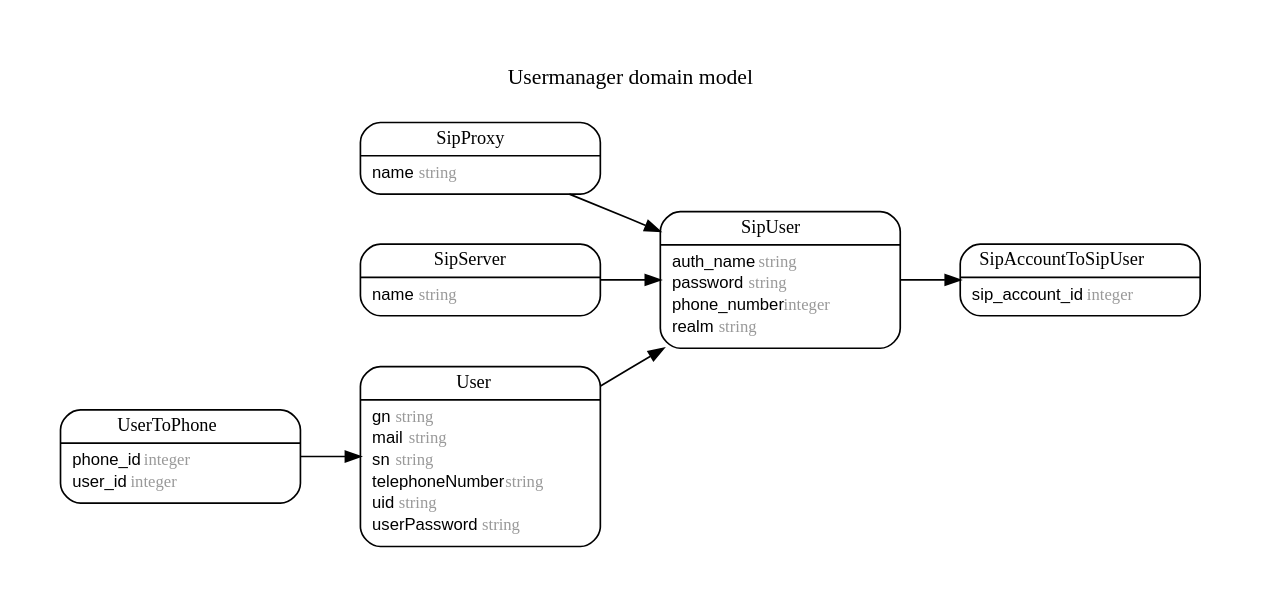
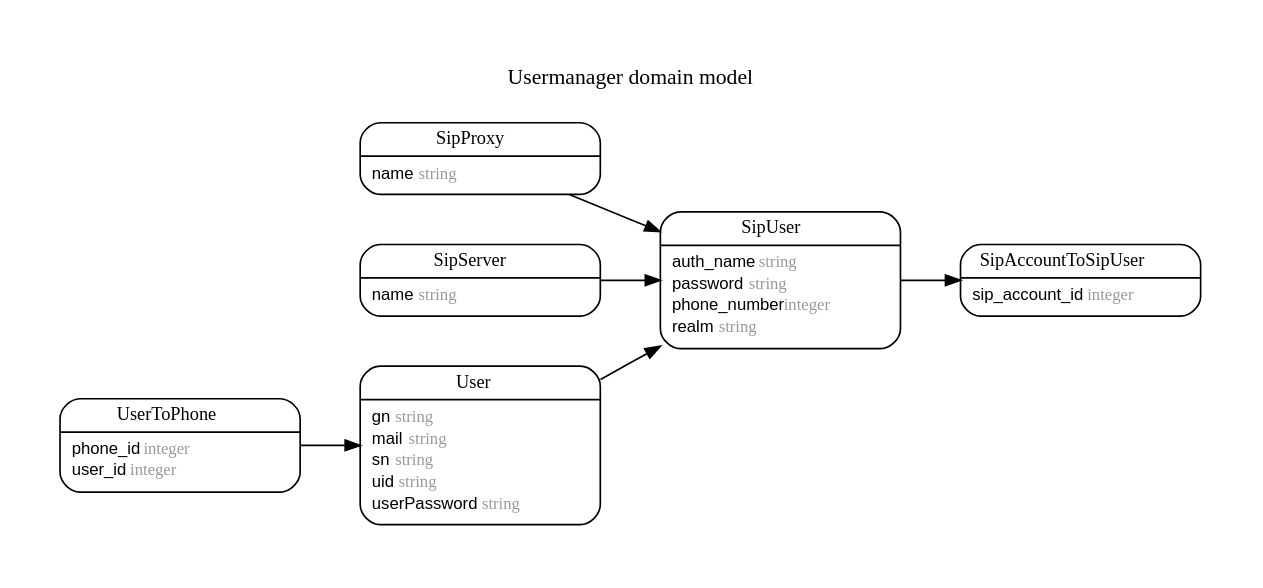
Before and after one commit to amooma/GS4: the diagram in ERD.dot, drawn with Graphviz.

```diff
--- a/ERD.dot
+++ b/ERD.dot
@@ -1,68 +1,67 @@
 digraph Usermanager {
   rankdir = "LR"; ranksep = "0.5"; nodesep = "0.4"; pad = "0.4,0.4"; margin = "0,0"; concentrate = "true"; labelloc = "t"; fontsize = "13"; fontname = "Arial Bold";
   node [shape = "Mrecord", fontsize = "10", fontname = "Arial", margin = "0.07,0.05", penwidth = "1.0"];
   edge [fontname = "Arial", fontsize = "7", dir = "both", arrowsize = "0.9", penwidth = "1.0", labelangle = "32", labeldistance = "1.8"];
   label = "Usermanager domain model\n\n";
   SipAccountToSipUser [label = <<table border="0" align="center" cellspacing="0.5" cellpadding="0" width="134">
   <tr><td align="center" valign="bottom" width="130"><font face="Arial Bold" point-size="11">SipAccountToSipUser</font></td></tr>
 </table>
 |
 <table border="0" align="left" cellspacing="2" cellpadding="0" width="134">
   <tr><td align="left" width="130" port="sip_account_id">sip_account_id <font face="Arial Italic" color="grey60">integer</font></td></tr>
 </table>
 >];
   SipProxy [label = <<table border="0" align="center" cellspacing="0.5" cellpadding="0" width="134">
   <tr><td align="center" valign="bottom" width="130"><font face="Arial Bold" point-size="11">SipProxy</font></td></tr>
 </table>
 |
 <table border="0" align="left" cellspacing="2" cellpadding="0" width="134">
   <tr><td align="left" width="130" port="name">name <font face="Arial Italic" color="grey60">string</font></td></tr>
 </table>
 >];
   SipServer [label = <<table border="0" align="center" cellspacing="0.5" cellpadding="0" width="134">
   <tr><td align="center" valign="bottom" width="130"><font face="Arial Bold" point-size="11">SipServer</font></td></tr>
 </table>
 |
 <table border="0" align="left" cellspacing="2" cellpadding="0" width="134">
   <tr><td align="left" width="130" port="name">name <font face="Arial Italic" color="grey60">string</font></td></tr>
 </table>
 >];
   SipUser [label = <<table border="0" align="center" cellspacing="0.5" cellpadding="0" width="134">
   <tr><td align="center" valign="bottom" width="130"><font face="Arial Bold" point-size="11">SipUser</font></td></tr>
 </table>
 |
 <table border="0" align="left" cellspacing="2" cellpadding="0" width="134">
   <tr><td align="left" width="130" port="auth_name">auth_name <font face="Arial Italic" color="grey60">string</font></td></tr>
   <tr><td align="left" width="130" port="password">password <font face="Arial Italic" color="grey60">string</font></td></tr>
   <tr><td align="left" width="130" port="phone_number">phone_number <font face="Arial Italic" color="grey60">integer</font></td></tr>
   <tr><td align="left" width="130" port="realm">realm <font face="Arial Italic" color="grey60">string</font></td></tr>
 </table>
 >];
   User [label = <<table border="0" align="center" cellspacing="0.5" cellpadding="0" width="134">
   <tr><td align="center" valign="bottom" width="130"><font face="Arial Bold" point-size="11">User</font></td></tr>
 </table>
 |
 <table border="0" align="left" cellspacing="2" cellpadding="0" width="134">
   <tr><td align="left" width="130" port="gn">gn <font face="Arial Italic" color="grey60">string</font></td></tr>
   <tr><td align="left" width="130" port="mail">mail <font face="Arial Italic" color="grey60">string</font></td></tr>
   <tr><td align="left" width="130" port="sn">sn <font face="Arial Italic" color="grey60">string</font></td></tr>
-  <tr><td align="left" width="130" port="telephoneNumber">telephoneNumber <font face="Arial Italic" color="grey60">string</font></td></tr>
   <tr><td align="left" width="130" port="uid">uid <font face="Arial Italic" color="grey60">string</font></td></tr>
   <tr><td align="left" width="130" port="userPassword">userPassword <font face="Arial Italic" color="grey60">string</font></td></tr>
 </table>
 >];
   UserToPhone [label = <<table border="0" align="center" cellspacing="0.5" cellpadding="0" width="134">
   <tr><td align="center" valign="bottom" width="130"><font face="Arial Bold" point-size="11">UserToPhone</font></td></tr>
 </table>
 |
 <table border="0" align="left" cellspacing="2" cellpadding="0" width="134">
   <tr><td align="left" width="130" port="phone_id">phone_id <font face="Arial Italic" color="grey60">integer</font></td></tr>
   <tr><td align="left" width="130" port="user_id">user_id <font face="Arial Italic" color="grey60">integer</font></td></tr>
 </table>
 >];
   SipServer -> SipUser [arrowhead = "normal", arrowtail = "none", weight = "2"]
   SipProxy -> SipUser [arrowhead = "normal", arrowtail = "none", weight = "1"]
   SipUser -> SipAccountToSipUser [arrowhead = "normal", arrowtail = "none", weight = "1"]
   User -> SipUser [arrowhead = "normal", arrowtail = "none", weight = "1"]
   UserToPhone -> User [arrowhead = "normal", arrowtail = "none", weight = "1"]
 }
```
